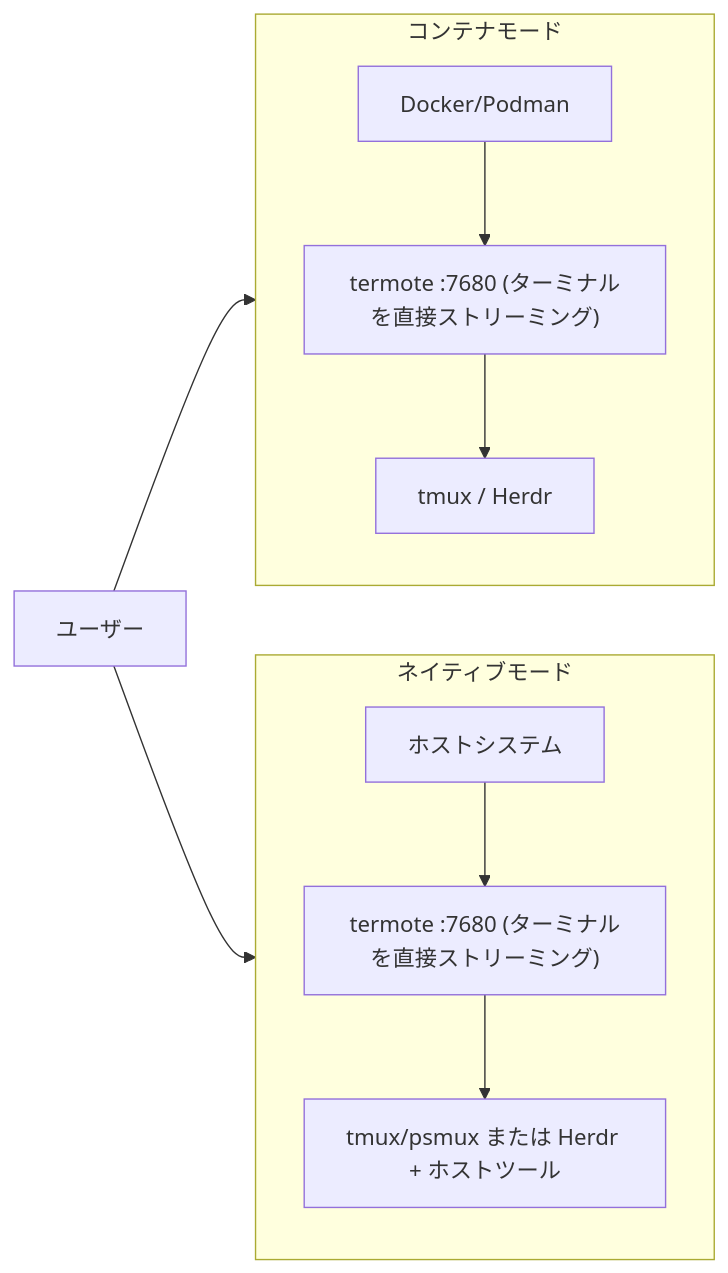
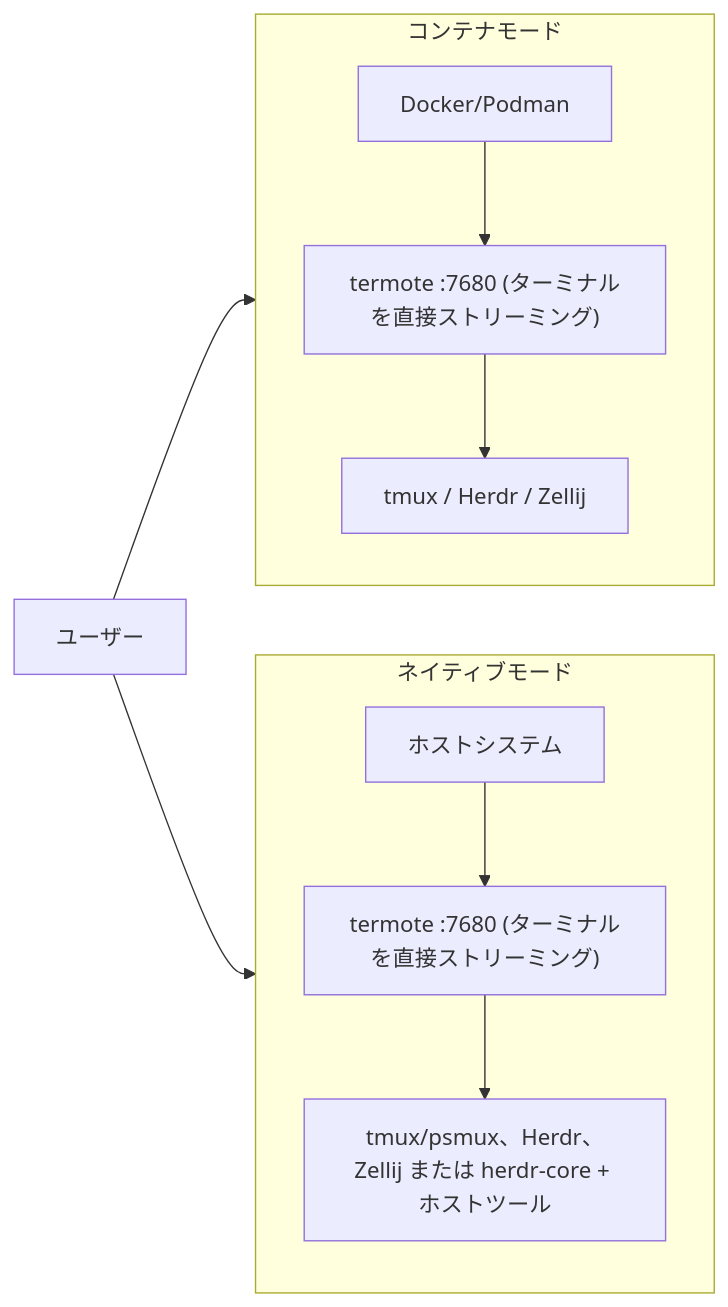
One commit to lamngockhuong/termote changed the second of 2 diagrams in README.ja.md. Above: the diagram before and after it, drawn with Mermaid. The commit also changed other lines of this file and 14 other files, not shown here.

````diff
--- a/README.ja.md
+++ b/README.ja.md
@@ -250,14 +256,14 @@
 ```mermaid
 flowchart LR
     subgraph Container["コンテナモード"]
         direction TB
-        C1["Docker/Podman"] --> C2["termote :7680 (ターミナルを直接ストリーミング)"] --> C3["tmux / Herdr"]
+        C1["Docker/Podman"] --> C2["termote :7680 (ターミナルを直接ストリーミング)"] --> C3["tmux / Herdr / Zellij"]
     end
 
     subgraph Native["ネイティブモード"]
         direction TB
-        N1["ホストシステム"] --> N2["termote :7680 (ターミナルを直接ストリーミング)"] --> N3["tmux/psmux または Herdr + ホストツール"]
+        N1["ホストシステム"] --> N2["termote :7680 (ターミナルを直接ストリーミング)"] --> N3["tmux/psmux、Herdr、Zellij または herdr-core + ホストツール"]
     end
 
     User["ユーザー"] --> Container & Native
 ```
````
